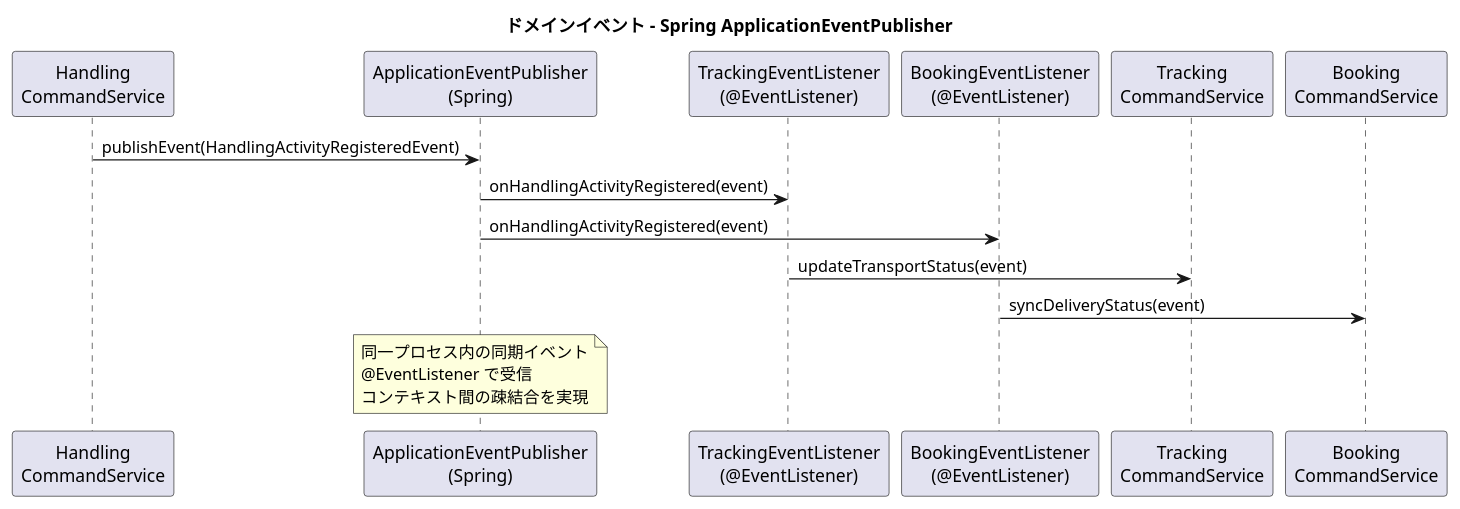
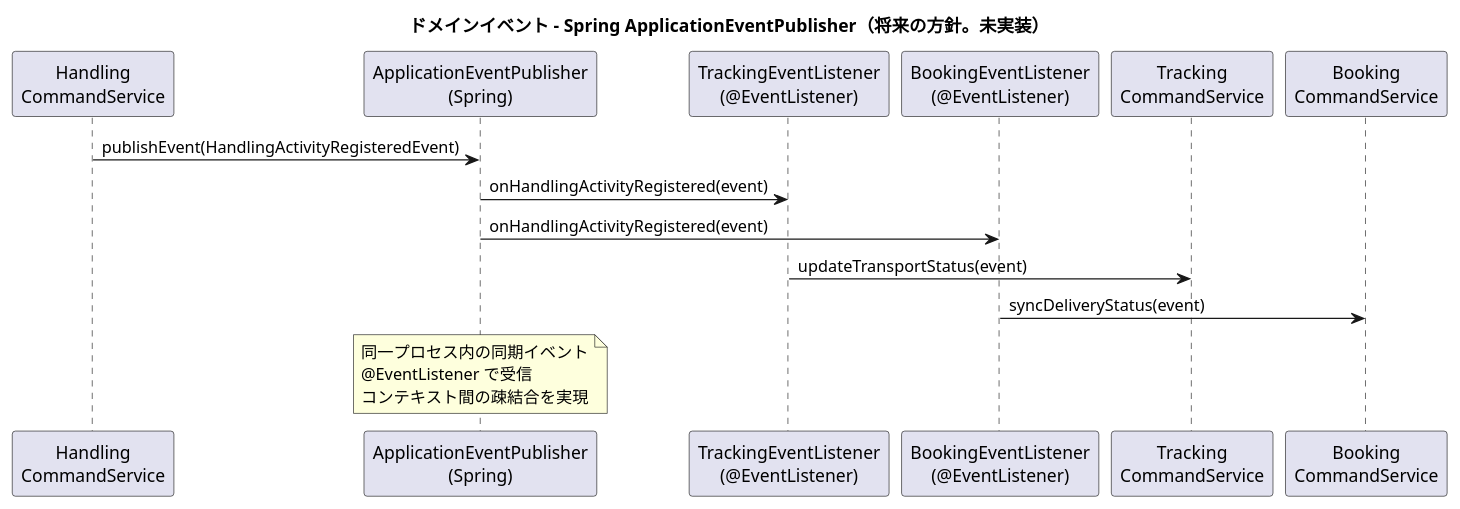
The fifth of 7 diagrams in docs/design/architecture_backend.md (k2works/case-study-cargo-tracker), drawn with PlantUML before and after one commit. The commit also changed other lines of this file and 18 other files, not shown here.

First line of the commit message:
docs: レビュー指摘に沿って設計図とマニュアルを実装に合わせる

````diff
--- a/docs/design/architecture_backend.md
+++ b/docs/design/architecture_backend.md
@@ -458,26 +477,26 @@
 ```plantuml
 @startuml
-title ドメインイベント - Spring ApplicationEventPublisher
+title ドメインイベント - Spring ApplicationEventPublisher（**将来の方針。未実装**）
 
 participant "Handling\nCommandService" as handling
 participant "ApplicationEventPublisher\n(Spring)" as publisher
 participant "TrackingEventListener\n(@EventListener)" as tracking_listener
 participant "BookingEventListener\n(@EventListener)" as booking_listener
 participant "Tracking\nCommandService" as tracking
 participant "Booking\nCommandService" as booking
 
 handling -> publisher : publishEvent(HandlingActivityRegisteredEvent)
 publisher -> tracking_listener : onHandlingActivityRegistered(event)
 publisher -> booking_listener : onHandlingActivityRegistered(event)
 
 tracking_listener -> tracking : updateTransportStatus(event)
 booking_listener -> booking : syncDeliveryStatus(event)
 
 note over publisher
   同一プロセス内の同期イベント
   @EventListener で受信
   コンテキスト間の疎結合を実現
 end note
 
 @enduml
 ```
````
